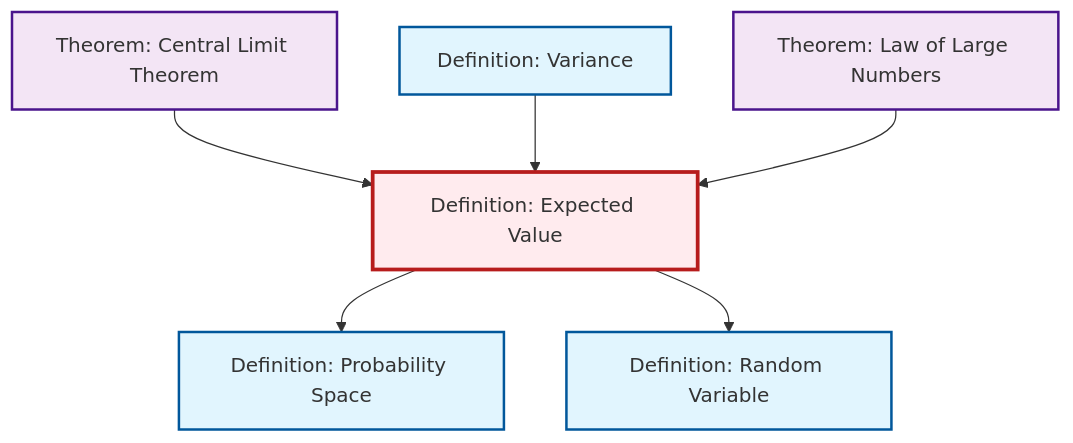
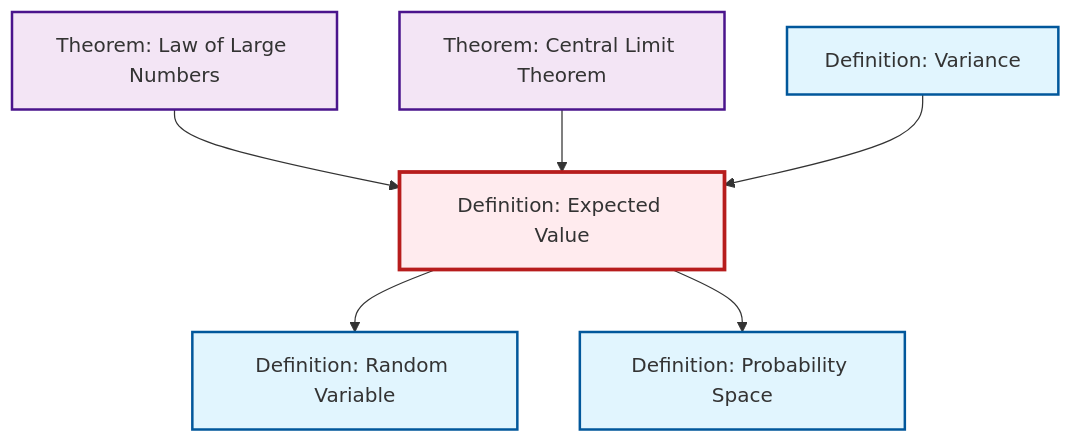
The second of 2 diagrams in content/en/probability-statistics/def-expectation.qmd (RK0429/ModernMath), drawn with Mermaid before and after one commit. The commit also changed other lines of this file and 619 other files, not shown here.

````diff
--- a/content/en/probability-statistics/def-expectation.qmd
+++ b/content/en/probability-statistics/def-expectation.qmd
@@ -86,26 +86,26 @@
 ```{mermaid}
 %%| fig-cap: "Local dependency graph"
 graph TD
     classDef definition fill:#e1f5fe,stroke:#01579b,stroke-width:2px
     classDef theorem fill:#f3e5f5,stroke:#4a148c,stroke-width:2px
     classDef axiom fill:#fff3e0,stroke:#e65100,stroke-width:2px
     classDef example fill:#e8f5e9,stroke:#1b5e20,stroke-width:2px
     classDef current fill:#ffebee,stroke:#b71c1c,stroke-width:3px
+    thm-central-limit["Theorem: Central Limit Theorem"]:::theorem
+    thm-law-of-large-numbers["Theorem: Law of Large Numbers"]:::theorem
+    def-expectation["Definition: Expected Value"]:::definition
     def-probability-space["Definition: Probability Space"]:::definition
-    thm-law-of-large-numbers["Theorem: Law of Large Numbers"]:::theorem
+    def-random-variable["Definition: Random Variable"]:::definition
     def-variance["Definition: Variance"]:::definition
-    def-expectation["Definition: Expected Value"]:::definition
-    def-random-variable["Definition: Random Variable"]:::definition
-    thm-central-limit["Theorem: Central Limit Theorem"]:::theorem
+    def-expectation --> def-random-variable
+    thm-law-of-large-numbers --> def-expectation
     thm-central-limit --> def-expectation
+    def-expectation --> def-probability-space
     def-variance --> def-expectation
-    thm-law-of-large-numbers --> def-expectation
-    def-expectation --> def-probability-space
-    def-expectation --> def-random-variable
     class def-expectation current
+    click thm-central-limit "thm-central-limit.html" "Go to Central Limit Theorem theorem"
+    click thm-law-of-large-numbers "thm-law-of-large-numbers.html" "Go to Law of Large Numbers theorem"
     click def-probability-space "def-probability-space.html" "Go to Probability Space definition"
-    click thm-law-of-large-numbers "thm-law-of-large-numbers.html" "Go to Law of Large Numbers theorem"
+    click def-random-variable "def-random-variable.html" "Go to Random Variable definition"
     click def-variance "def-variance.html" "Go to Variance definition"
-    click def-random-variable "def-random-variable.html" "Go to Random Variable definition"
-    click thm-central-limit "thm-central-limit.html" "Go to Central Limit Theorem theorem"
 ```
````
